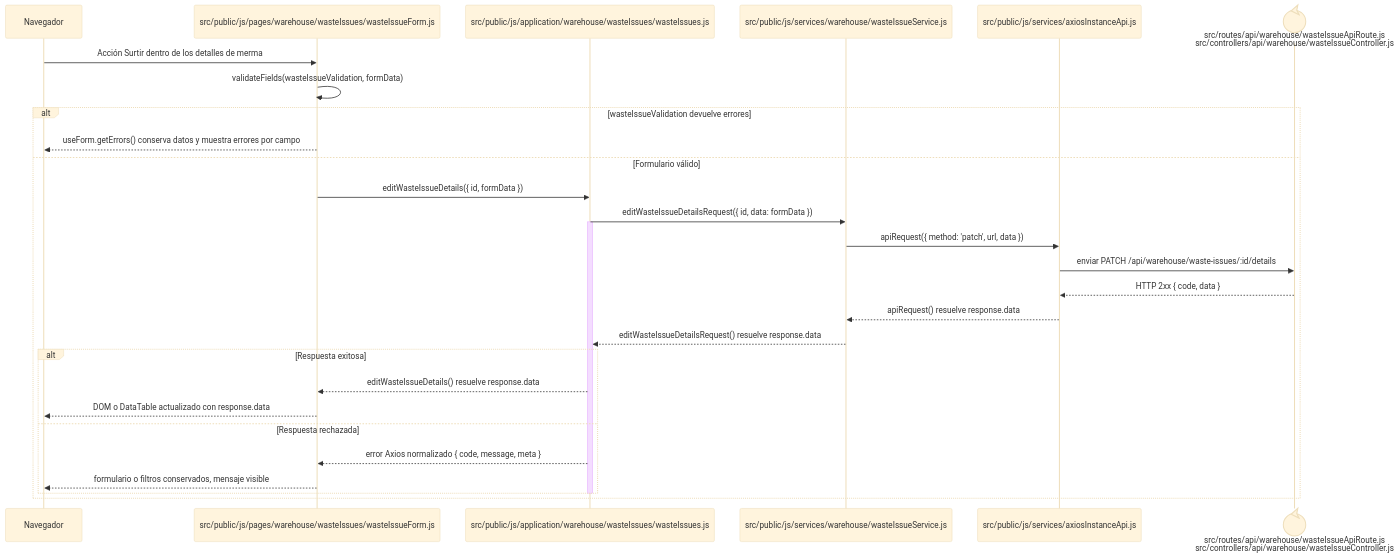
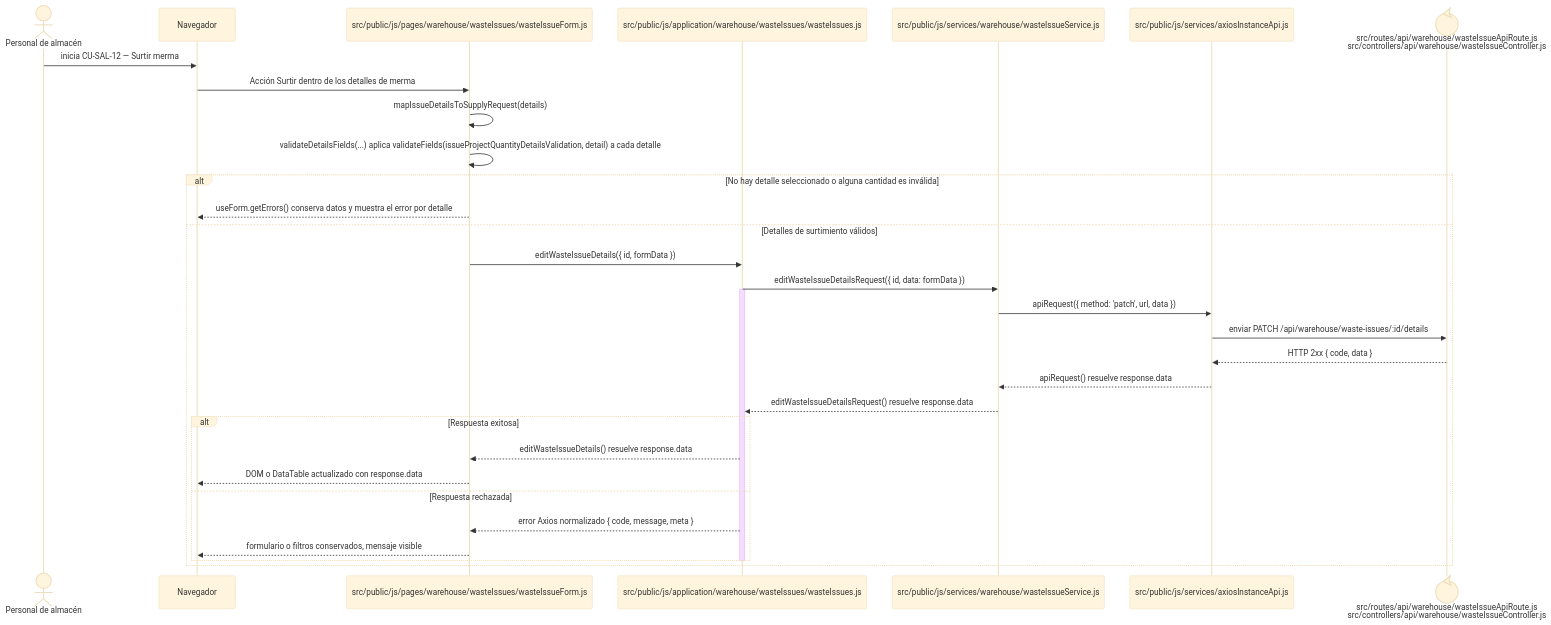
Before and after one commit to gpgsistemas01/nexus: the diagram in docs/architecture/frontend-code-sequences/issues/cu-sal-12.md, drawn with Mermaid (base theme). The commit also changed other lines of this file and 105 other files, not shown here.

````diff
--- a/docs/architecture/frontend-code-sequences/issues/cu-sal-12.md
+++ b/docs/architecture/frontend-code-sequences/issues/cu-sal-12.md
@@ -6,32 +6,35 @@
 ```mermaid
 sequenceDiagram
+    actor Initiator as Personal de almacén
     participant Browser as Navegador
     participant View as src/public/js/pages/warehouse/wasteIssues/wasteIssueForm.js
     participant Application as src/public/js/application/warehouse/wasteIssues/wasteIssues.js
     participant Request as src/public/js/services/warehouse/wasteIssueService.js
     participant HTTP as src/public/js/services/axiosInstanceApi.js
     participant Transport@{ "type": "control" } as src/routes/api/warehouse/wasteIssueApiRoute.js<br/>src/controllers/api/warehouse/wasteIssueController.js
 
+    Initiator->>Browser: inicia CU-SAL-12 — Surtir merma
     Browser->>View: Acción Surtir dentro de los detalles de merma
-    View->>View: validateFields(wasteIssueValidation, formData)
-    alt wasteIssueValidation devuelve errores
-        View-->>Browser: useForm.getErrors() conserva datos y muestra errores por campo
-    else Formulario válido
+    View->>View: mapIssueDetailsToSupplyRequest(details)
+    View->>View: validateDetailsFields(...) aplica validateFields(issueProjectQuantityDetailsValidation, detail) a cada detalle
+    alt No hay detalle seleccionado o alguna cantidad es inválida
+        View-->>Browser: useForm.getErrors() conserva datos y muestra el error por detalle
+    else Detalles de surtimiento válidos
         View->>Application: editWasteIssueDetails({ id, formData })
         Application->>Request: editWasteIssueDetailsRequest({ id, data: formData })
         activate Application
         Request->>HTTP: apiRequest({ method: 'patch', url, data })
         HTTP->>Transport: enviar PATCH /api/warehouse/waste-issues/:id/details
         Transport-->>HTTP: HTTP 2xx { code, data }
         HTTP-->>Request: apiRequest() resuelve response.data
         Request-->>Application: editWasteIssueDetailsRequest() resuelve response.data
         alt Respuesta exitosa
             Application-->>View: editWasteIssueDetails() resuelve response.data
             View-->>Browser: DOM o DataTable actualizado con response.data
         else Respuesta rechazada
             Application-->>View: error Axios normalizado { code, message, meta }
             View-->>Browser: formulario o filtros conservados, mensaje visible
         end
         deactivate Application
     end
 ```
````
